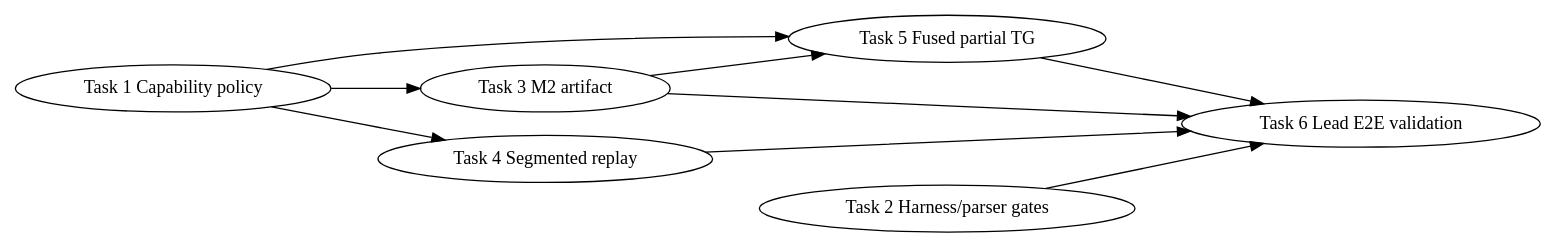
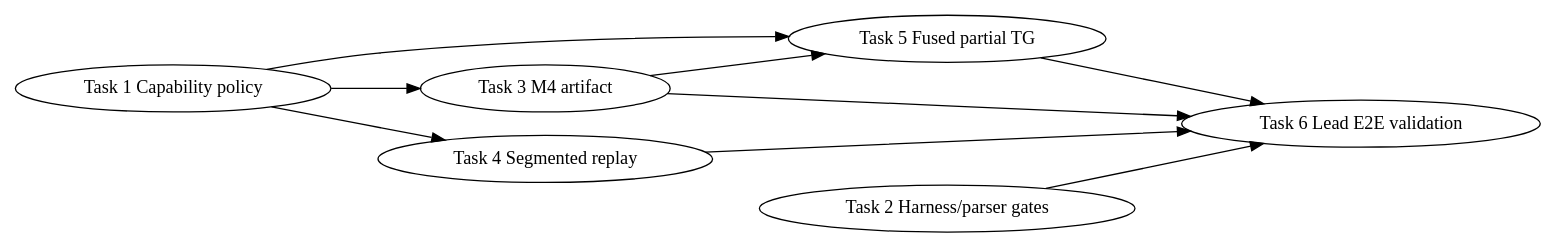
The diagram in docs/plans/2026-06-26-sycl-moe-aggressive-tg-capability-driven.md (kainlan/llama.cpp-intel-optimizations), drawn with Graphviz before and after one commit. The commit also changed other lines of this file, not shown here.

Commit message:
docs: correct aggressive tg q8 artifact plan

````diff
--- a/docs/plans/2026-06-26-sycl-moe-aggressive-tg-capability-driven.md
+++ b/docs/plans/2026-06-26-sycl-moe-aggressive-tg-capability-driven.md
@@ -81,19 +81,19 @@
 ```dot
 digraph sycl_moe_aggressive_tg {
   rankdir=LR;
   T1 [label="Task 1 Capability policy"];
   T2 [label="Task 2 Harness/parser gates"];
-  T3 [label="Task 3 M2 artifact"];
+  T3 [label="Task 3 M4 artifact"];
   T4 [label="Task 4 Segmented replay"];
   T5 [label="Task 5 Fused partial TG"];
   T6 [label="Task 6 Lead E2E validation"];
   T1 -> T3;
   T1 -> T4;
   T1 -> T5;
   T3 -> T5;
   T2 -> T6;
   T3 -> T6;
   T4 -> T6;
   T5 -> T6;
 }
 ```
````
